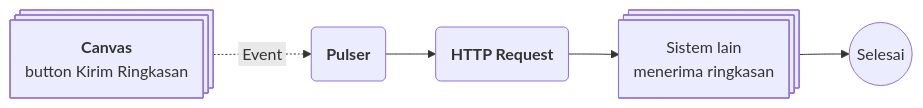
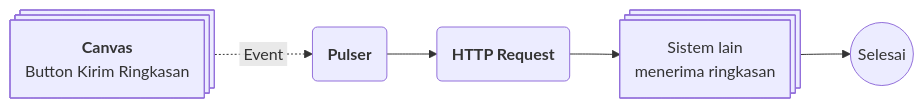
The second of 2 diagrams in Docs/Modul Interface/Canvas/Apa itu Canvas.md (ginalne/phoenix-docs), drawn with Mermaid before and after one commit. The commit also changed other lines of this file and 2 other files, not shown here.

````diff
--- a/Docs/Modul Interface/Canvas/Apa itu Canvas.md
+++ b/Docs/Modul Interface/Canvas/Apa itu Canvas.md
@@ -355,7 +287,7 @@
 ```mermaid
 flowchart LR
-  A@{ shape: processes, label: "**Canvas**<br/>button Kirim Ringkasan" } -.->|&nbsp;Event&nbsp;| B@{ shape: rounded, label: "**Pulser**" }
+  A@{ shape: processes, label: "**Canvas**<br/>Button Kirim Ringkasan" } -.->|&nbsp;Event&nbsp;| B@{ shape: rounded, label: "**Pulser**" }
   B --> C@{ shape: rounded, label: "**HTTP Request**" }
   C --> D@{ shape: processes, label: "Sistem lain<br/>menerima ringkasan" }
   D --> E@{ shape: circle, label: "Selesai" }
 ```
````
